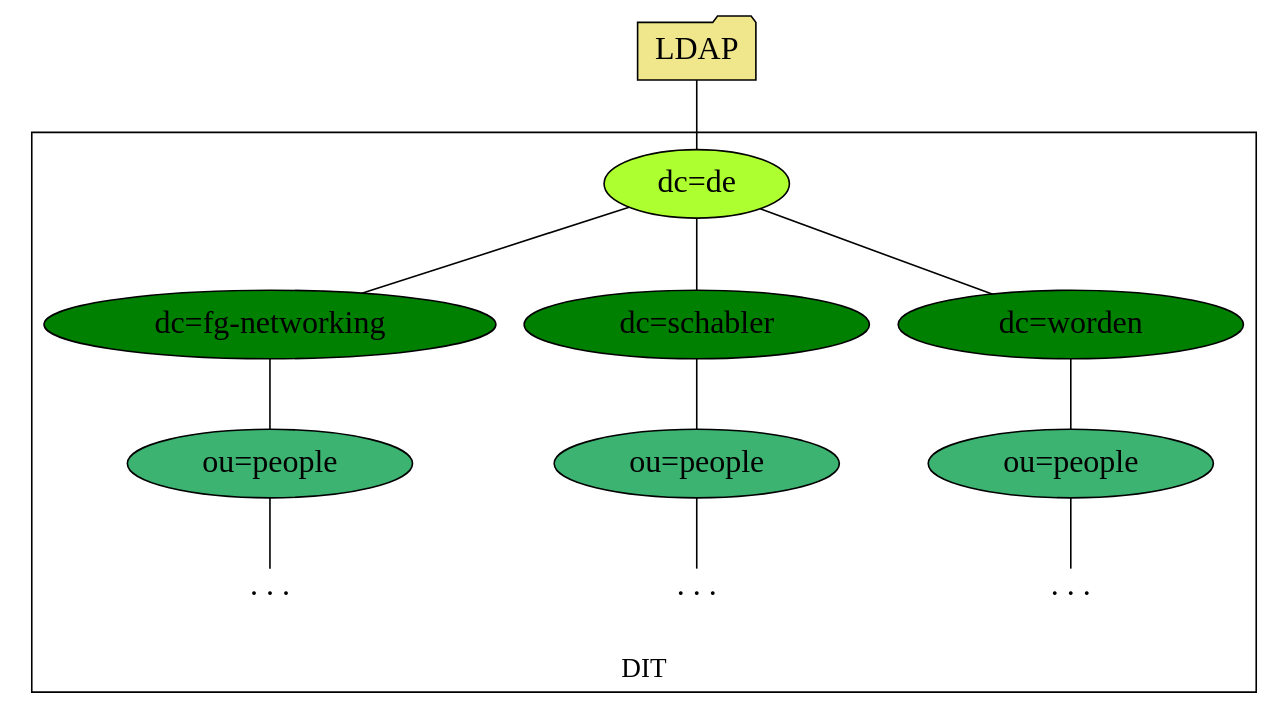
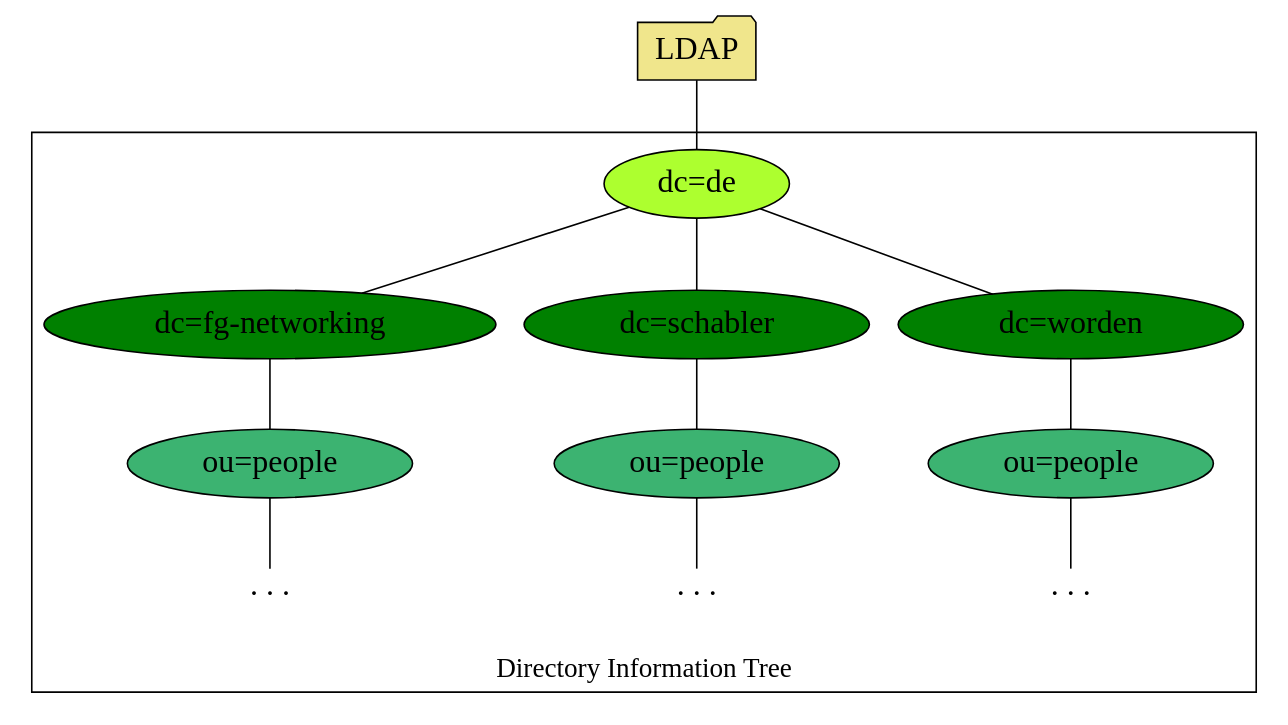
One commit to Gabelvampir/ty-stuff changed the diagram in Presentation LDAP-RADIUS/Bilder/LDAP-fgn.dot. Above: the diagram before and after it, drawn with Graphviz. The commit also changed 2 other files, not shown here.

Commit message:
presentation: minor change for LDAP tree graph

```diff
--- a/Presentation LDAP-RADIUS/Bilder/LDAP-fgn.dot
+++ b/Presentation LDAP-RADIUS/Bilder/LDAP-fgn.dot
@@ -1,30 +1,30 @@
 graph G {
 node [
   style="filled",
   fontsize=20
 ];
 
   root [label="LDAP", shape="folder", fillcolor="khaki"];
   subgraph cluster_db{
     de [label="dc=de", fillcolor="greenyellow"];
     fgn [label="dc=fg-networking", fillcolor="green", width=3];
     people1 [label="ou=people", fillcolor="mediumseagreen"];
     fgnpe [label=". . .", labelloc="t", style="", shape="plaintext"];
     schabler [label="dc=schabler", fillcolor="green", width=3];
     people2 [label="ou=people", fillcolor="mediumseagreen"];
     schabpe [label=". . .", labelloc="t", style="", shape="plaintext"];
     worden [label="dc=worden", fillcolor="green", width=3];
     people3 [label="ou=people", fillcolor="mediumseagreen"];
     wordpe [label=". . .", labelloc="t", style="", shape="plaintext"];
-    label="DIT";
+    label="Directory Information Tree";
     fontsize=17;
     labelloc=b
   }
   root -- de;
   de -- {fgn schabler worden};
   fgn -- people1 -- fgnpe;
   schabler -- people2 -- schabpe;
   worden -- people3 -- wordpe;
   margin=0;
   ratio="0.55";
   }
```
